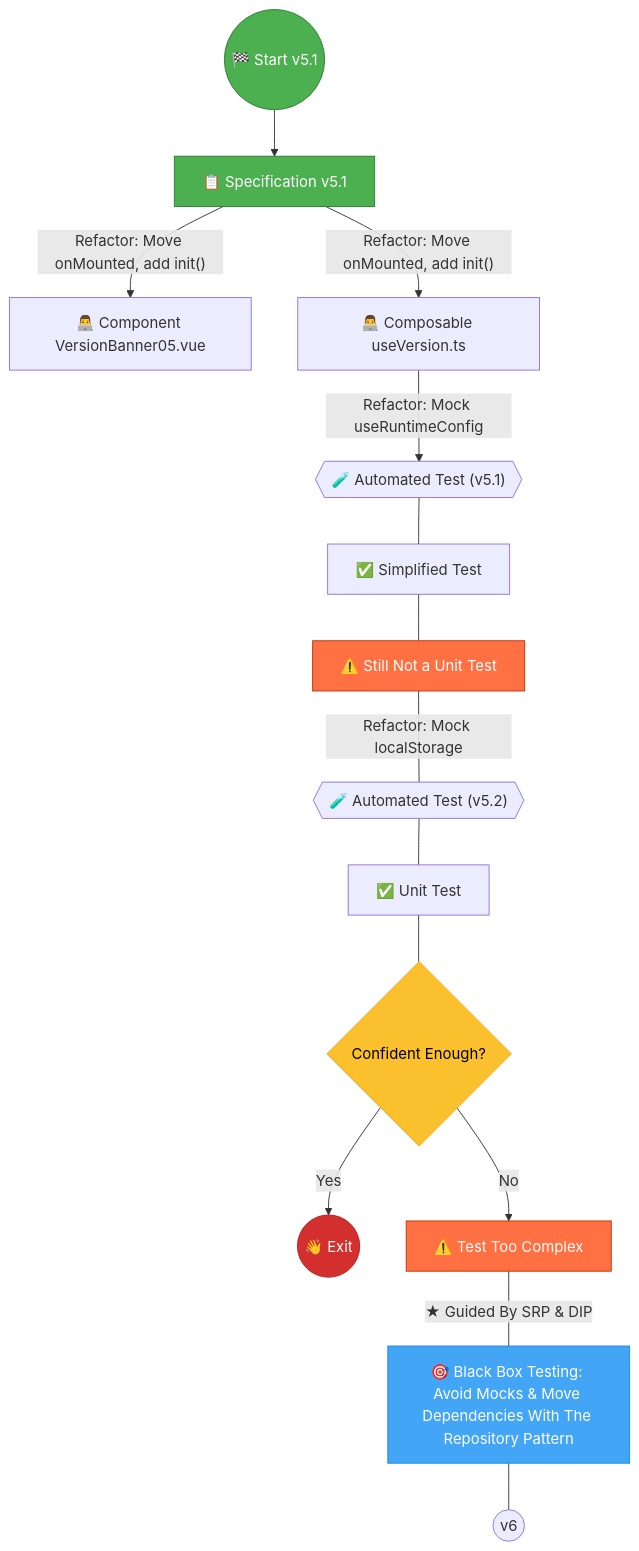
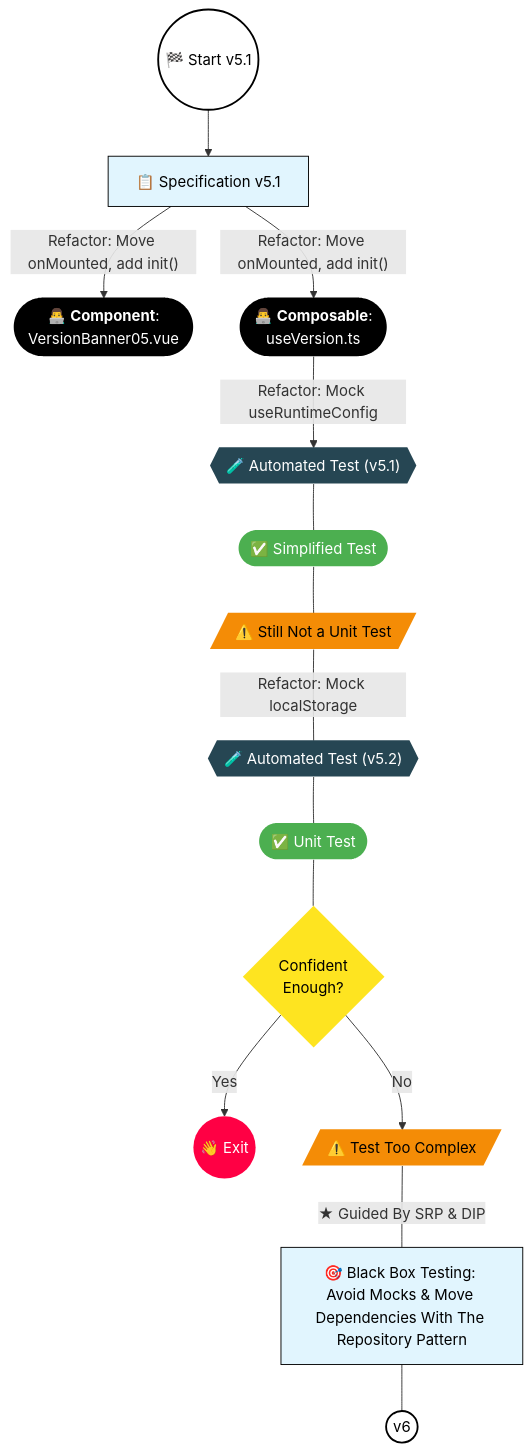
The diagram in docs/Testing a Simple Nuxt Feature - 8 - Unit Testing the composable with init, withSetup and mock dependencies (v5).md (jeromeabel/nuxt-clean-architecture), drawn with Mermaid before and after one commit. The commit also changed 6 other files, not shown here.

Commit message:
docs(version): up graphs colors and shapes

````diff
--- a/docs/Testing a Simple Nuxt Feature - 8 - Unit Testing the composable with init, withSetup and mock dependencies (v5).md
+++ b/docs/Testing a Simple Nuxt Feature - 8 - Unit Testing the composable with init, withSetup and mock dependencies (v5).md
@@ -250,41 +250,44 @@
 ```mermaid
 graph TB
 
-    %% Start
-    A((🏁 Start v5.1)):::start
+  %% Start
+  A((🏁 Start v5.1)):::start
 
-    %% Specification v5 Checklist
-    B[📋 Specification v5.1]:::start
+  %% Specification v5 Checklist
+  B[📋 Specification v5.1]:::checklist
 
-    %% Development Process
-    C["👨‍💻 Component VersionBanner05.vue"]
+  %% Development Process
+  C(["👨‍💻 <b>Component</b>:<br>VersionBanner05.vue"]):::impl
+  D(["👨‍💻 <b>Composable</b>:<br>useVersion.ts"]):::impl
 
-    %% Test
-    D[👨‍💻 Composable useVersion.ts]
-    E{{"🧪 Automated Test (v5.1)"}}
-    F["✅ Simplified Test"]
-    G[⚠️ Still Not a Unit Test]:::issue
+  %% Test
+  E{{"🧪 Automated Test (v5.1)"}}:::test
+  F(["✅ Simplified Test"]):::success
+  G[/⚠️ Still Not a Unit Test/]:::issue
 
-    H{{"🧪 Automated Test (v5.2)"}}
-    H1["✅ Unit Test"]
+  H{{"🧪 Automated Test (v5.2)"}}:::test
+  H1(["✅ Unit Test"]):::success
 
-    I{Confident Enough?}:::decision
-    J((👋 Exit)):::exit
-    K["⚠️ Test Too Complex"]:::issue
-    L["🎯 Black Box Testing: Avoid Mocks & Move Dependencies With The Repository Pattern"]:::action
-    M((v6))
+  I{Confident<br>Enough?}:::decision
+  J((👋 Exit)):::exit
+  K[/"⚠️ Test Too Complex"/]:::issue
+  L["🎯 Black Box Testing: Avoid Mocks & Move Dependencies With The Repository Pattern"]:::checklist
+  M((v6)):::start
 
-    %% Connections
-    A --> B --> |"Refactor: Move onMounted, add init()"| C & D
-    D --> |Refactor: Mock useRuntimeConfig| E --- F --- G
-    G --- |Refactor: Mock localStorage| H --- H1 --- I
-    I --> |No| K --- |★ Guided By SRP & DIP| L --- M
-    I --> |Yes| J
+  %% Connections
+  A --> B --> |"Refactor: Move onMounted, add init()"| C & D
+  D --> |Refactor: Mock useRuntimeConfig| E --- F --- G
+  G --- |Refactor: Mock localStorage| H --- H1 --- I
+  I --> |No| K --- |★ Guided By SRP & DIP| L --- M
+  I --> |Yes| J
 
-    %% Define Styles
-    classDef start fill:#4CAF50,stroke:#2E7D32,color:#FFFFFF;
-    classDef exit fill:#D32F2F,stroke:#B71C1C,color:#FFFFFF;
-    classDef decision fill:#FBC02D,stroke:#F9A825,color:#000000;
-    classDef issue fill:#FF7043,stroke:#BF360C,color:#FFFFFF;
-    classDef action fill:#42A5F5,stroke:#1E88E5,color:#FFFFFF;
+  %% Define Styles
+  classDef start fill:#fff,color:#000,stroke:#000,stroke-width:2;
+  classDef impl fill:#000,color:#fff,stroke:#fff,stroke-width:0;
+  classDef issue fill:#f48c06,color:#000,stroke:#333,stroke-width:0;
+  classDef decision fill:#FEE420,color:#000,stroke:#4F4400,stroke-width:0;
+  classDef test fill:#264653,color:#fff,stroke:#060600,stroke-width:0;
+  classDef exit fill:#ff0044,color:#fff,stroke-width:0;
+  classDef checklist fill:#E1F5FE,stroke:#000000,color:#000000;
+  classDef success fill:#4CAF50,color:#fff,stroke:#fff,stroke-width:0;
 ```
````
